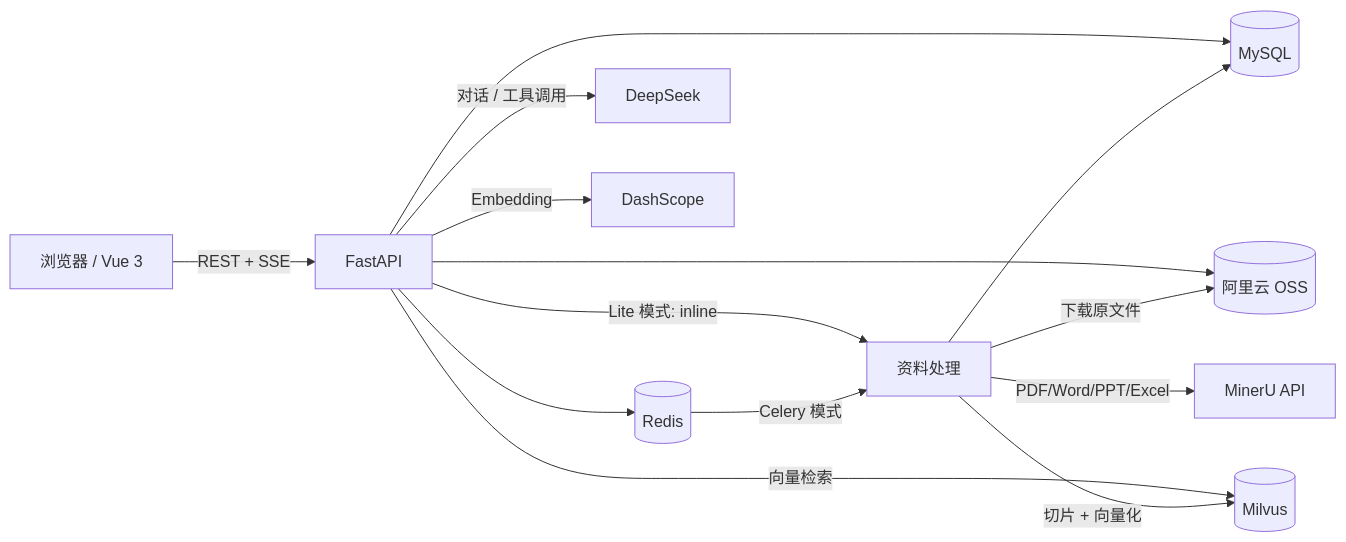
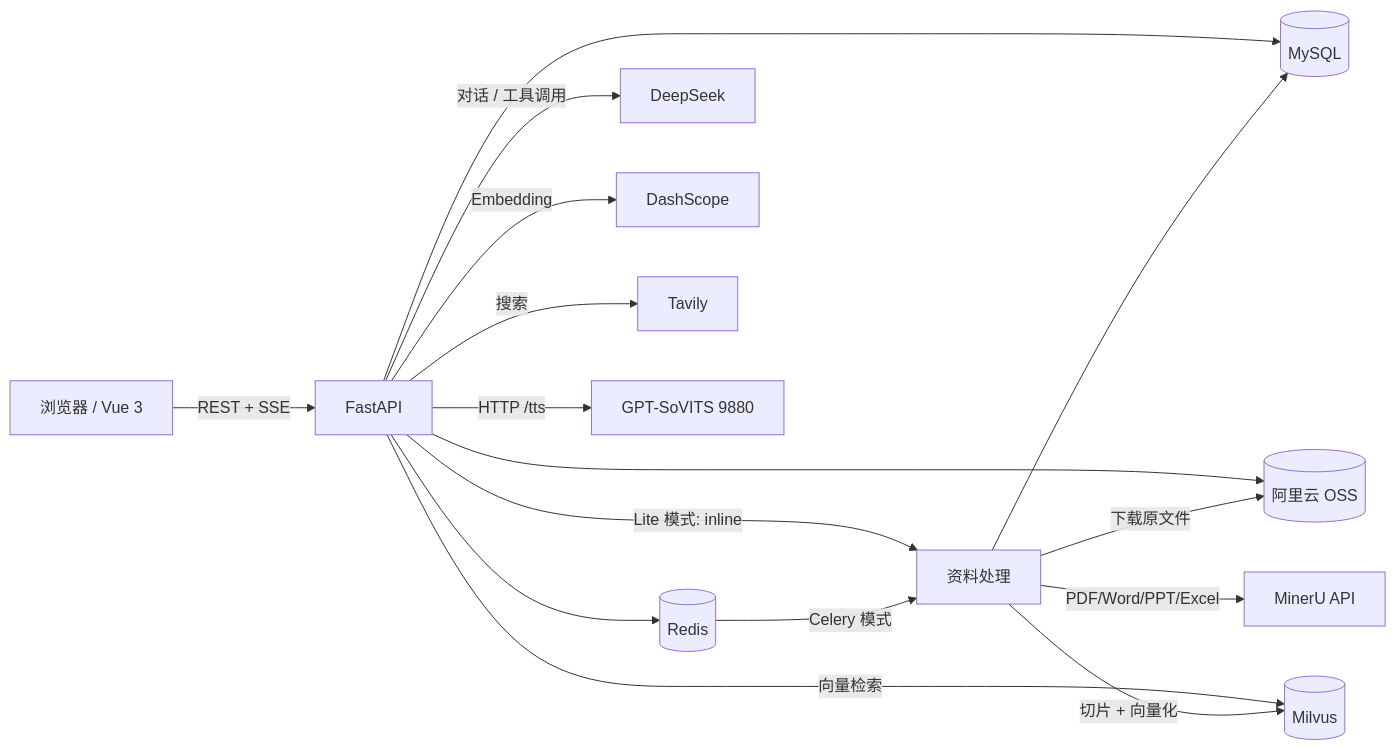
Before and after one commit to huangyiyang1104-cloud/campus_copilot_pro: the diagram in README.md, drawn with Mermaid. The commit also changed other lines of this file and 8 other files, not shown here.

Commit message:
feat: release campus copilot 3.0 with GPT-SoVITS voice

````diff
--- a/README.md
+++ b/README.md
@@ -30,17 +48,20 @@
 ```mermaid
 flowchart LR
     U[浏览器 / Vue 3] -->|REST + SSE| API[FastAPI]
+
     API --> MySQL[(MySQL)]
     API --> Redis[(Redis)]
     API --> OSS[(阿里云 OSS)]
     API -->|对话 / 工具调用| DS[DeepSeek]
     API -->|Embedding| DashScope[DashScope]
     API -->|向量检索| Milvus[(Milvus)]
+    API -->|搜索| Tavily[Tavily]
+    API -->|HTTP /tts| GPTSoVITS[GPT-SoVITS 9880]
 
     API -->|Lite 模式: inline| Worker[资料处理]
     Redis -->|Celery 模式| Worker
     Worker -->|下载原文件| OSS
     Worker -->|PDF/Word/PPT/Excel| MinerU[MinerU API]
     Worker -->|切片 + 向量化| Milvus
     Worker --> MySQL
 ```
````
